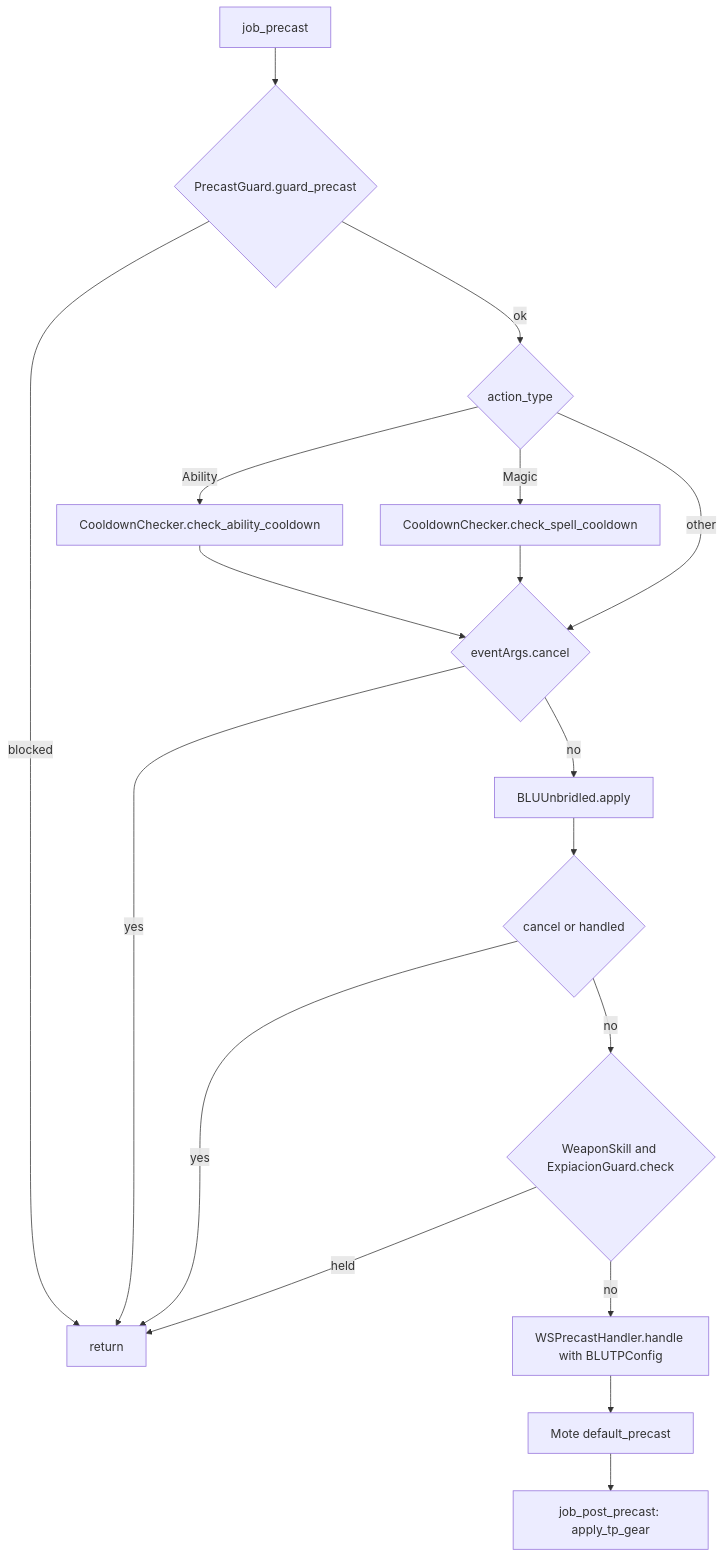
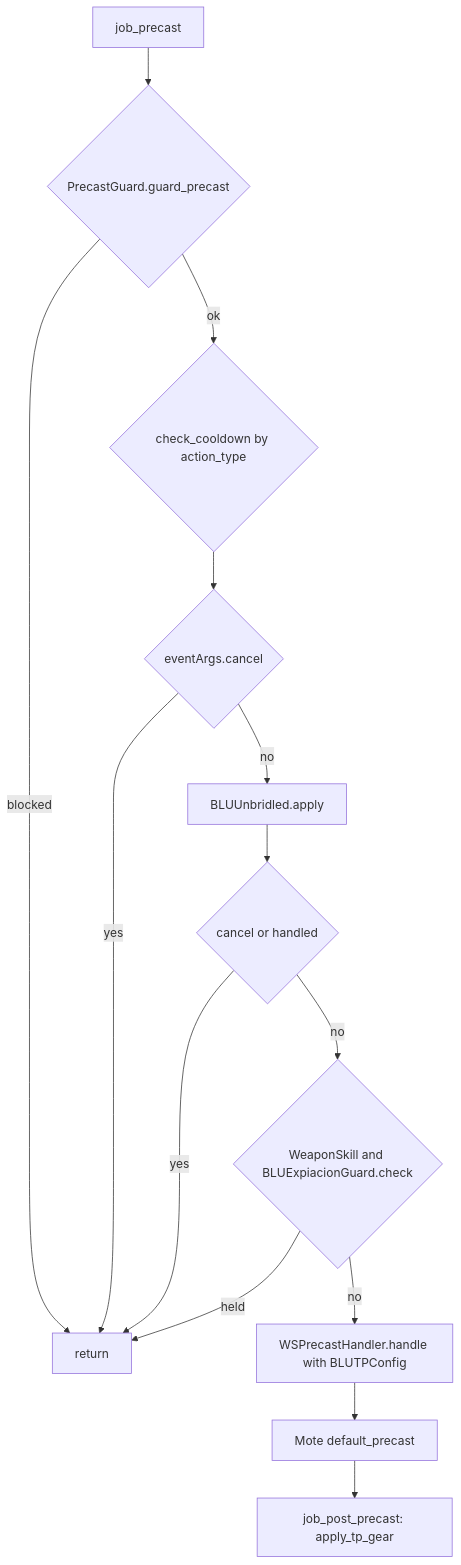
Before and after one commit to ejouanchicot/Gearswap: the second of 2 diagrams in docs/dev/jobs/blu.md, drawn with Mermaid. The commit also changed other lines of this file and 8 other files, not shown here.

````diff
--- a/docs/dev/jobs/blu.md
+++ b/docs/dev/jobs/blu.md
@@ -148,20 +132,16 @@
 ```mermaid
 flowchart TD
     A[job_precast] --> B{PrecastGuard.guard_precast}
     B -- blocked --> Z[return]
-    B -- ok --> C{action_type}
-    C -- Ability --> D[CooldownChecker.check_ability_cooldown]
-    C -- Magic --> E[CooldownChecker.check_spell_cooldown]
-    D --> F{eventArgs.cancel}
-    E --> F
-    C -- other --> F
+    B -- ok --> C{check_cooldown by action_type}
+    C --> F{eventArgs.cancel}
     F -- yes --> Z
     F -- no --> U[BLUUnbridled.apply]
     U --> UC{cancel or handled}
     UC -- yes --> Z
-    UC -- no --> X{WeaponSkill and ExpiacionGuard.check}
+    UC -- no --> X{WeaponSkill and BLUExpiacionGuard.check}
     X -- held --> Z
     X -- no --> W[WSPrecastHandler.handle with BLUTPConfig]
     W --> M[Mote default_precast]
     M --> P[job_post_precast: apply_tp_gear]
 ```
````
